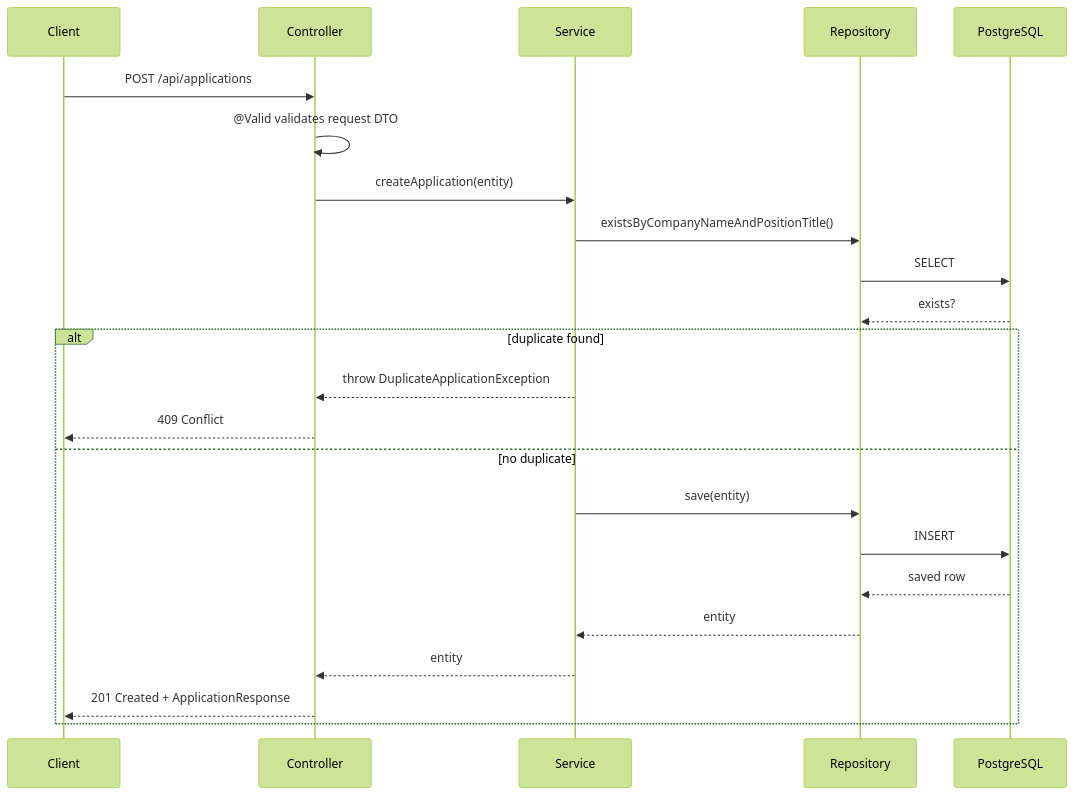
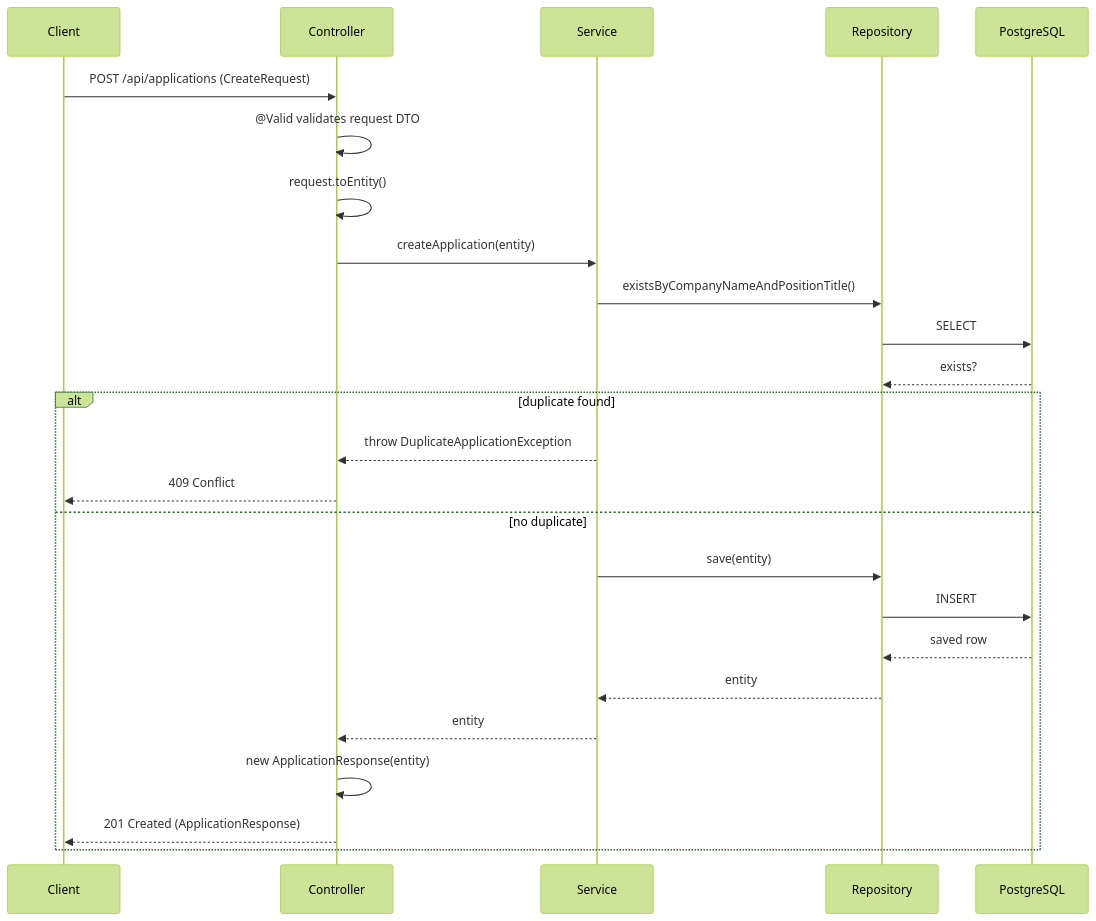
Before and after one commit to YeinJeong131/ApplyGrid: the second of 2 diagrams in README.md, drawn with Mermaid (forest theme).

Commit message:
docs: add DTO conversion steps to request flow diagram

````diff
--- a/README.md
+++ b/README.md
@@ -142,26 +142,28 @@
 ```mermaid
 sequenceDiagram
     participant C as Client
     participant Ctrl as Controller
     participant Svc as Service
     participant Repo as Repository
     participant DB as PostgreSQL
 
-    C->>Ctrl: POST /api/applications
+    C->>Ctrl: POST /api/applications (CreateRequest)
     Ctrl->>Ctrl: @Valid validates request DTO
+    Ctrl->>Ctrl: request.toEntity()
     Ctrl->>Svc: createApplication(entity)
     Svc->>Repo: existsByCompanyNameAndPositionTitle()
     Repo->>DB: SELECT
     DB-->>Repo: exists?
     alt duplicate found
         Svc-->>Ctrl: throw DuplicateApplicationException
         Ctrl-->>C: 409 Conflict
     else no duplicate
         Svc->>Repo: save(entity)
         Repo->>DB: INSERT
         DB-->>Repo: saved row
         Repo-->>Svc: entity
         Svc-->>Ctrl: entity
-        Ctrl-->>C: 201 Created + ApplicationResponse
+        Ctrl->>Ctrl: new ApplicationResponse(entity)
+        Ctrl-->>C: 201 Created (ApplicationResponse)
     end
 ```
````
